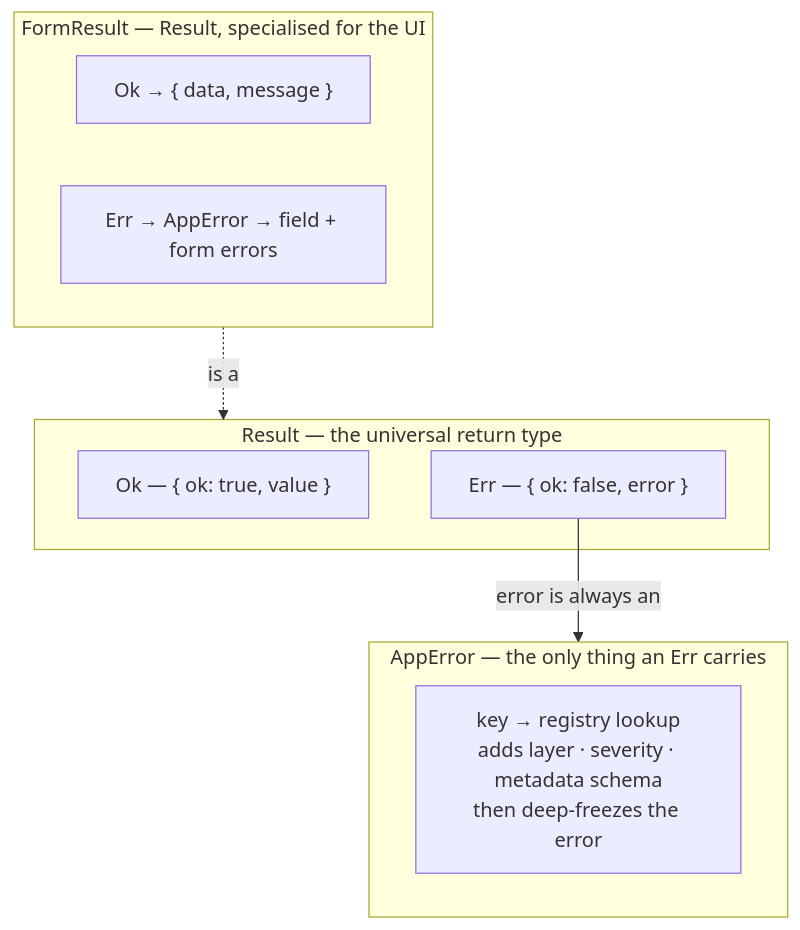
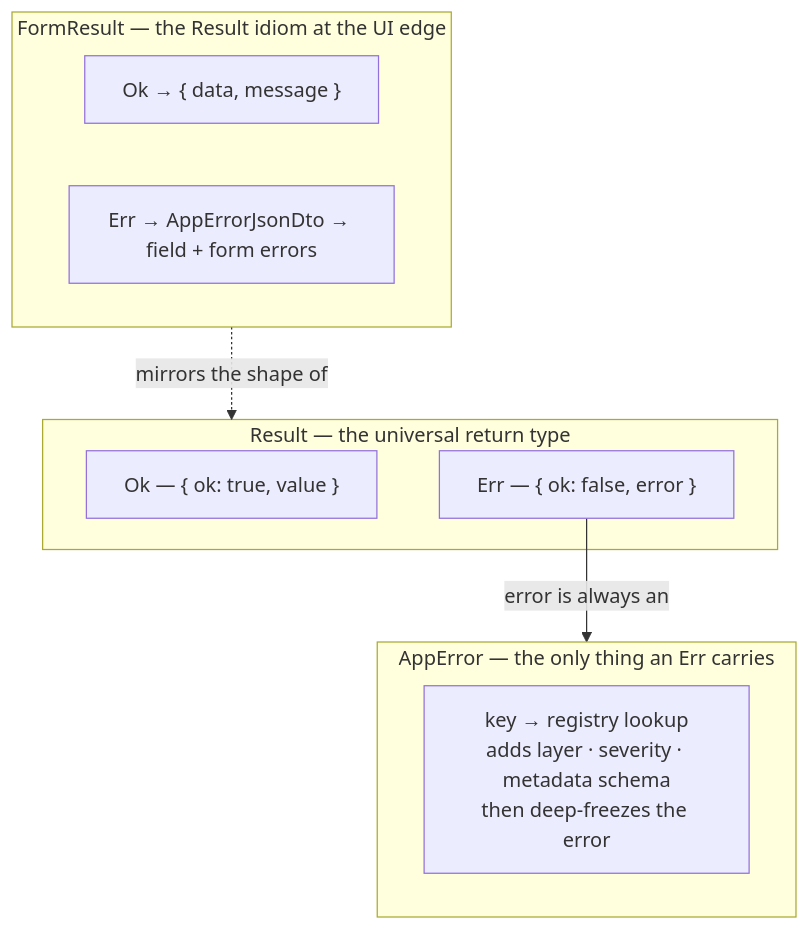
One commit to andrewpetersondev/nextjs-dashboard changed the first of 3 diagrams in docs/diagrams/error-handling-flow.md. Above: the diagram before and after it, drawn with Mermaid. The commit also changed other lines of this file and 10 other files, not shown here.

First line of the commit message:
docs(diagrams): reconcile the drift-flagged architecture diagrams with the code

````diff
--- a/docs/diagrams/error-handling-flow.md
+++ b/docs/diagrams/error-handling-flow.md
@@ -20,19 +25,19 @@
 ```mermaid
 flowchart TD
     subgraph res["Result — the universal return type"]
         ok["Ok — { ok: true, value }"]
         err["Err — { ok: false, error }"]
     end
 
     subgraph ae["AppError — the only thing an Err carries"]
         reg["key → registry lookup<br/>adds layer · severity · metadata schema<br/>then deep-freezes the error"]
     end
 
-    subgraph fr["FormResult — Result, specialised for the UI"]
+    subgraph fr["FormResult — the Result idiom at the UI edge"]
         fok["Ok → { data, message }"]
-        ferr["Err → AppError → field + form errors"]
+        ferr["Err → AppErrorJsonDto → field + form errors"]
     end
 
     err -->|"error is always an"| ae
-    fr -.->|"is a"| res
+    fr -.->|"mirrors the shape of"| res
 ```
````
